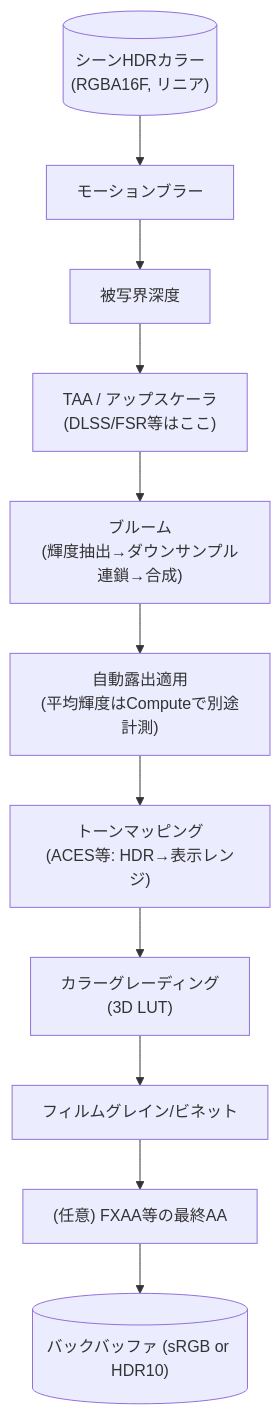
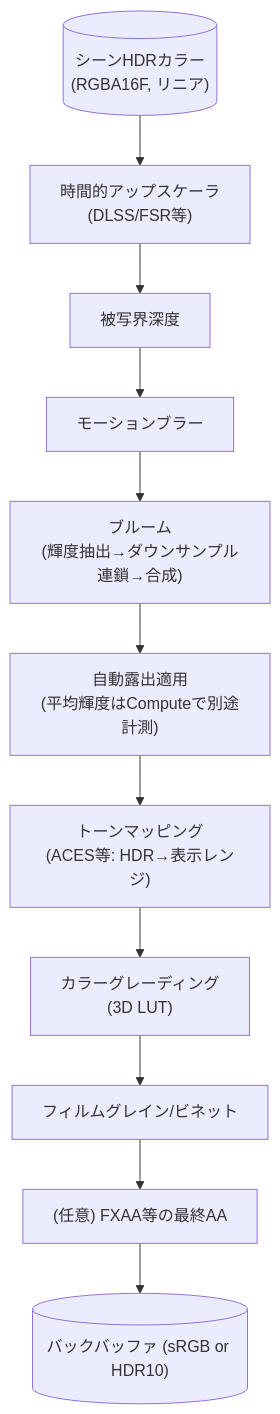
One commit to sny0/sny0.github.io changed the diagram in study/docs/graphics/postprocess/overview.md. Above: the diagram before and after it, drawn with Mermaid. The commit also changed other lines of this file and 119 other files, not shown here.

````diff
--- a/study/docs/graphics/postprocess/overview.md
+++ b/study/docs/graphics/postprocess/overview.md
@@ -55,13 +55,13 @@
 ```mermaid
 flowchart TB
-    A[("シーンHDRカラー<br/>(RGBA16F, リニア)")] --> MB[モーションブラー]
-    MB --> DOF[被写界深度]
-    DOF --> TAAUP["TAA / アップスケーラ<br/>(DLSS/FSR等はここ)"]
-    TAAUP --> BLOOM["ブルーム<br/>(輝度抽出→ダウンサンプル連鎖→合成)"]
+    A[("シーンHDRカラー<br/>(RGBA16F, リニア)")] --> TAAUP["時間的アップスケーラ<br/>(DLSS/FSR等)"]
+    TAAUP --> DOF[被写界深度]
+    DOF --> MB[モーションブラー]
+    MB --> BLOOM["ブルーム<br/>(輝度抽出→ダウンサンプル連鎖→合成)"]
     BLOOM --> EXP["自動露出適用<br/>(平均輝度はComputeで別途計測)"]
     EXP --> TM["トーンマッピング<br/>(ACES等: HDR→表示レンジ)"]
     TM --> CG["カラーグレーディング<br/>(3D LUT)"]
     CG --> GRAIN[フィルムグレイン/ビネット]
     GRAIN --> AA2["(任意) FXAA等の最終AA"]
     AA2 --> OUT[("バックバッファ (sRGB or HDR10)")]
 ```
````
